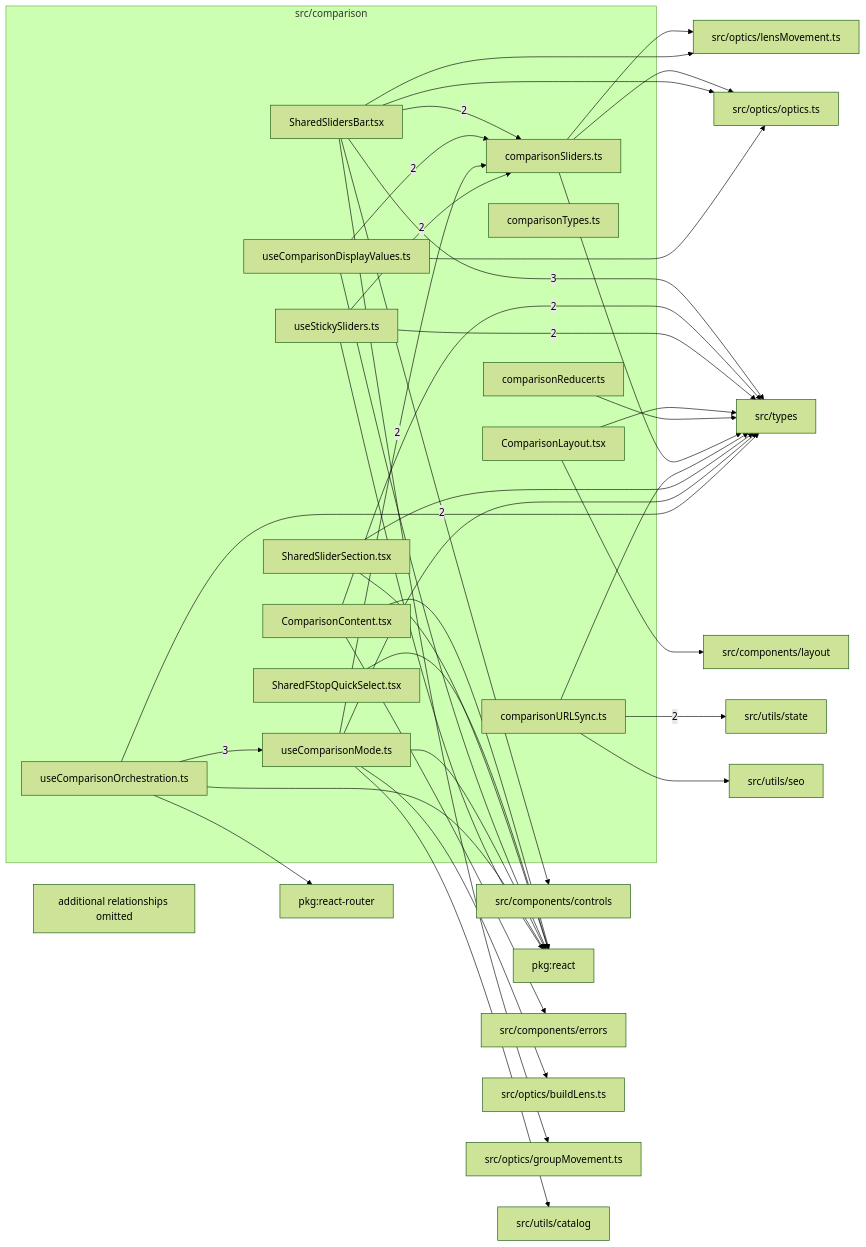
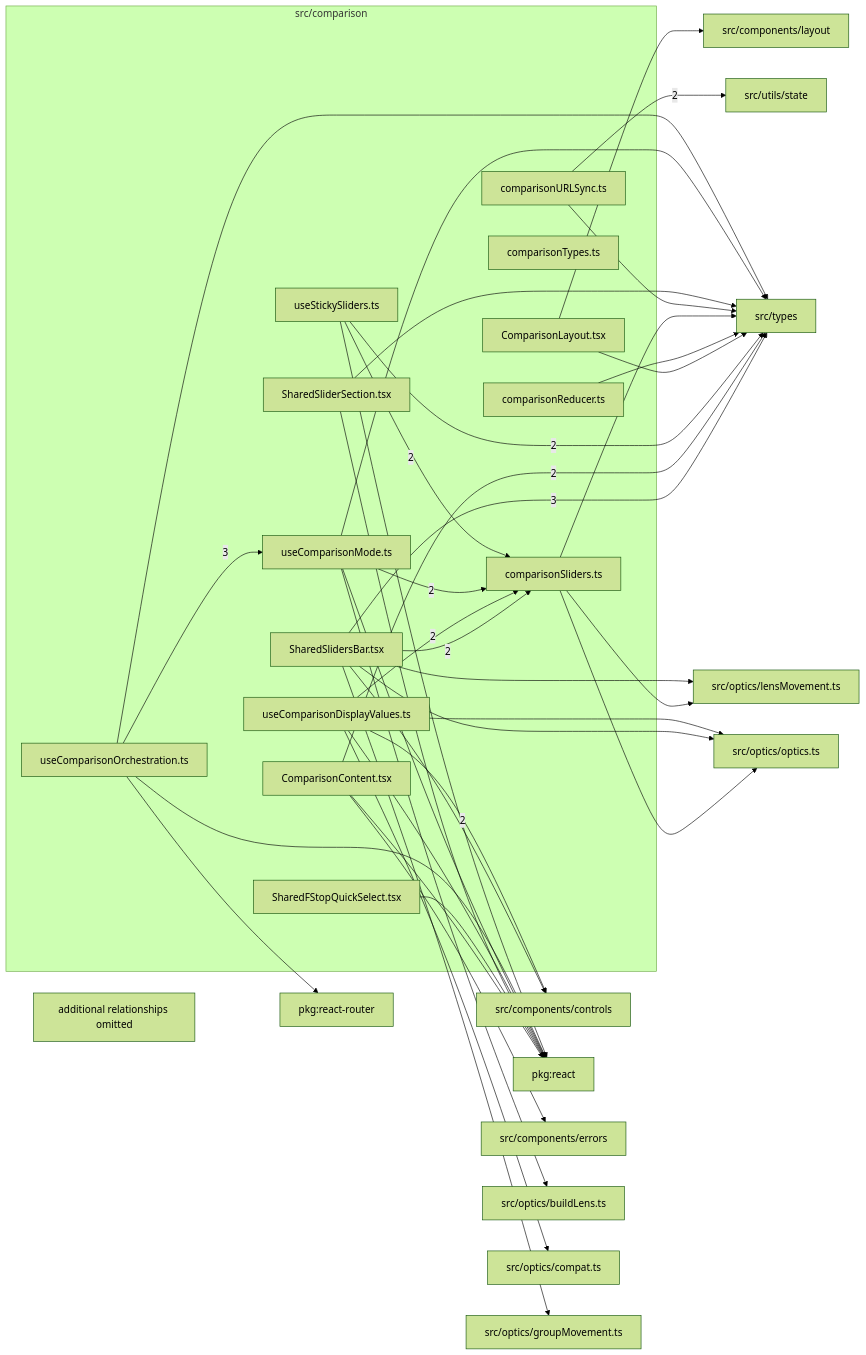
The diagram in src/comparison/readme.md (ronbuening/LensVisualizer), drawn with Mermaid (forest theme) before and after one commit. The commit also changed other lines of this file and 23 other files, not shown here.

````diff
--- a/src/comparison/readme.md
+++ b/src/comparison/readme.md
@@ -9,68 +9,67 @@
 ```mermaid
 flowchart LR
   subgraph n_src_comparison["src/comparison"]
     n_src_comparison_src_comparison_ComparisonContent_tsx["ComparisonContent.tsx"]
     n_src_comparison_src_comparison_ComparisonLayout_tsx["ComparisonLayout.tsx"]
     n_src_comparison_src_comparison_comparisonReducer_ts["comparisonReducer.ts"]
     n_src_comparison_src_comparison_comparisonSliders_ts["comparisonSliders.ts"]
     n_src_comparison_src_comparison_comparisonTypes_ts["comparisonTypes.ts"]
     n_src_comparison_src_comparison_comparisonURLSync_ts["comparisonURLSync.ts"]
     n_src_comparison_src_comparison_SharedFStopQuickSelect_tsx["SharedFStopQuickSelect.tsx"]
     n_src_comparison_src_comparison_SharedSlidersBar_tsx["SharedSlidersBar.tsx"]
     n_src_comparison_src_comparison_SharedSliderSection_tsx["SharedSliderSection.tsx"]
     n_src_comparison_src_comparison_useComparisonDisplayValues_ts["useComparisonDisplayValues.ts"]
     n_src_comparison_src_comparison_useComparisonMode_ts["useComparisonMode.ts"]
     n_src_comparison_src_comparison_useComparisonOrchestration_ts["useComparisonOrchestration.ts"]
     n_src_comparison_src_comparison_useStickySliders_ts["useStickySliders.ts"]
   end
   n_external_src_types["src/types"]
   n_external_src_components_controls["src/components/controls"]
   n_external_src_utils_state["src/utils/state"]
   n_external_pkg_react["pkg:react"]
   n_external_pkg_react_router["pkg:react-router"]
   n_external_src_components_errors["src/components/errors"]
   n_external_src_components_layout["src/components/layout"]
   n_external_src_optics_buildLens_ts["src/optics/buildLens.ts"]
+  n_external_src_optics_compat_ts["src/optics/compat.ts"]
   n_external_src_optics_groupMovement_ts["src/optics/groupMovement.ts"]
   n_external_src_optics_lensMovement_ts["src/optics/lensMovement.ts"]
   n_external_src_optics_optics_ts["src/optics/optics.ts"]
-  n_external_src_utils_catalog["src/utils/catalog"]
-  n_external_src_utils_seo["src/utils/seo"]
   n_src_comparison_src_comparison_SharedSlidersBar_tsx --> |3| n_external_src_types
   n_src_comparison_src_comparison_useComparisonOrchestration_ts --> |3| n_src_comparison_src_comparison_useComparisonMode_ts
   n_src_comparison_src_comparison_SharedSlidersBar_tsx --> |2| n_external_src_components_controls
   n_src_comparison_src_comparison_ComparisonContent_tsx --> |2| n_external_src_types
   n_src_comparison_src_comparison_useStickySliders_ts --> |2| n_external_src_types
   n_src_comparison_src_comparison_comparisonURLSync_ts --> |2| n_external_src_utils_state
   n_src_comparison_src_comparison_SharedSlidersBar_tsx --> |2| n_src_comparison_src_comparison_comparisonSliders_ts
   n_src_comparison_src_comparison_useComparisonDisplayValues_ts --> |2| n_src_comparison_src_comparison_comparisonSliders_ts
   n_src_comparison_src_comparison_useComparisonMode_ts --> |2| n_src_comparison_src_comparison_comparisonSliders_ts
   n_src_comparison_src_comparison_useStickySliders_ts --> |2| n_src_comparison_src_comparison_comparisonSliders_ts
   n_src_comparison_src_comparison_ComparisonContent_tsx --> n_external_pkg_react
   n_src_comparison_src_comparison_SharedFStopQuickSelect_tsx --> n_external_pkg_react
   n_src_comparison_src_comparison_SharedSliderSection_tsx --> n_external_pkg_react
   n_src_comparison_src_comparison_useComparisonDisplayValues_ts --> n_external_pkg_react
   n_src_comparison_src_comparison_useComparisonMode_ts --> n_external_pkg_react
   n_src_comparison_src_comparison_useComparisonOrchestration_ts --> n_external_pkg_react
   n_src_comparison_src_comparison_useStickySliders_ts --> n_external_pkg_react
   n_src_comparison_src_comparison_useComparisonOrchestration_ts --> n_external_pkg_react_router
+  n_src_comparison_src_comparison_useComparisonDisplayValues_ts --> n_external_src_components_controls
   n_src_comparison_src_comparison_ComparisonContent_tsx --> n_external_src_components_errors
   n_src_comparison_src_comparison_ComparisonLayout_tsx --> n_external_src_components_layout
   n_src_comparison_src_comparison_useComparisonMode_ts --> n_external_src_optics_buildLens_ts
+  n_src_comparison_src_comparison_useComparisonDisplayValues_ts --> n_external_src_optics_compat_ts
   n_src_comparison_src_comparison_SharedSlidersBar_tsx --> n_external_src_optics_groupMovement_ts
   n_src_comparison_src_comparison_comparisonSliders_ts --> n_external_src_optics_lensMovement_ts
   n_src_comparison_src_comparison_SharedSlidersBar_tsx --> n_external_src_optics_lensMovement_ts
   n_src_comparison_src_comparison_comparisonSliders_ts --> n_external_src_optics_optics_ts
   n_src_comparison_src_comparison_SharedSlidersBar_tsx --> n_external_src_optics_optics_ts
   n_src_comparison_src_comparison_useComparisonDisplayValues_ts --> n_external_src_optics_optics_ts
   n_src_comparison_src_comparison_ComparisonLayout_tsx --> n_external_src_types
   n_src_comparison_src_comparison_comparisonReducer_ts --> n_external_src_types
   n_src_comparison_src_comparison_comparisonSliders_ts --> n_external_src_types
   n_src_comparison_src_comparison_comparisonURLSync_ts --> n_external_src_types
   n_src_comparison_src_comparison_SharedSliderSection_tsx --> n_external_src_types
   n_src_comparison_src_comparison_useComparisonMode_ts --> n_external_src_types
   n_src_comparison_src_comparison_useComparisonOrchestration_ts --> n_external_src_types
-  n_src_comparison_src_comparison_useComparisonMode_ts --> n_external_src_utils_catalog
-  n_src_comparison_src_comparison_comparisonURLSync_ts --> n_external_src_utils_seo
   n_src_comparison_truncated["additional relationships omitted"]
 ```
````
